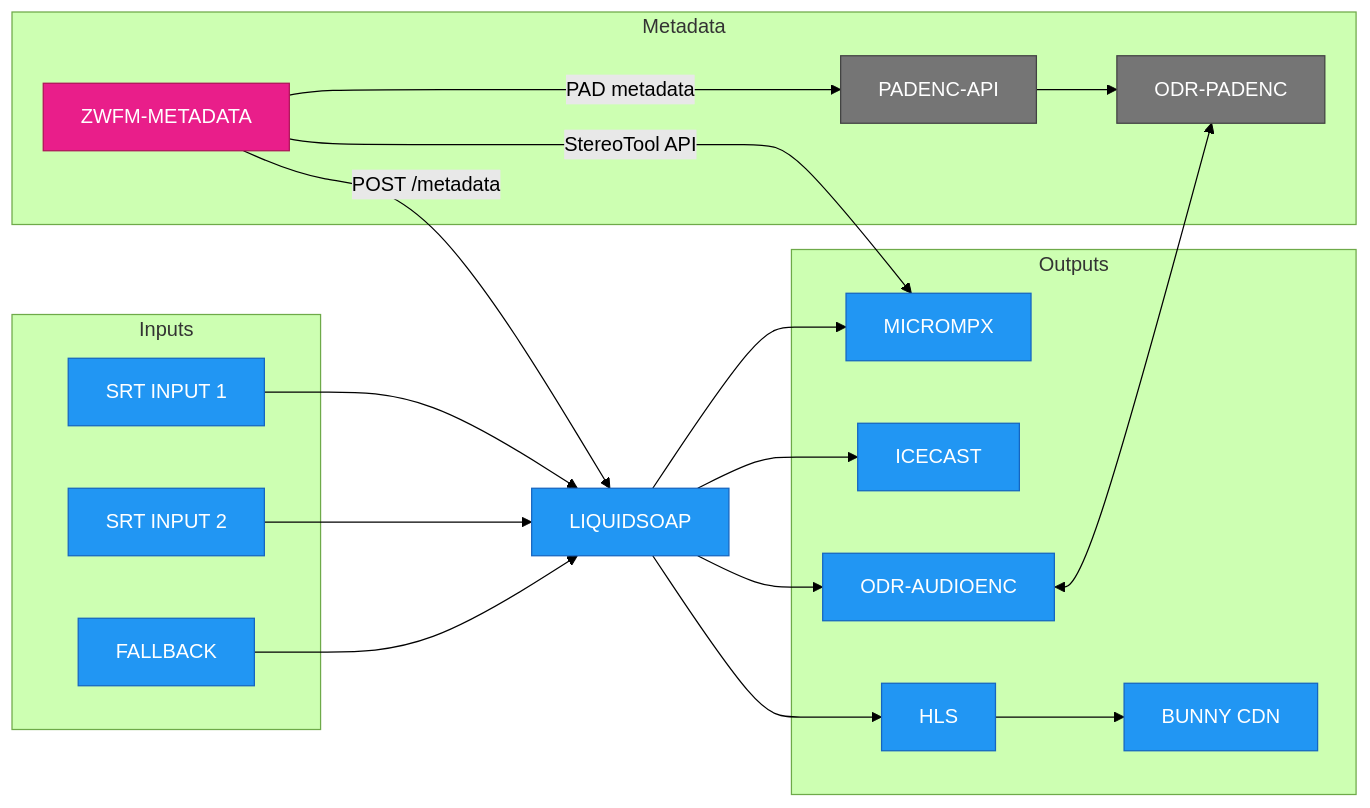
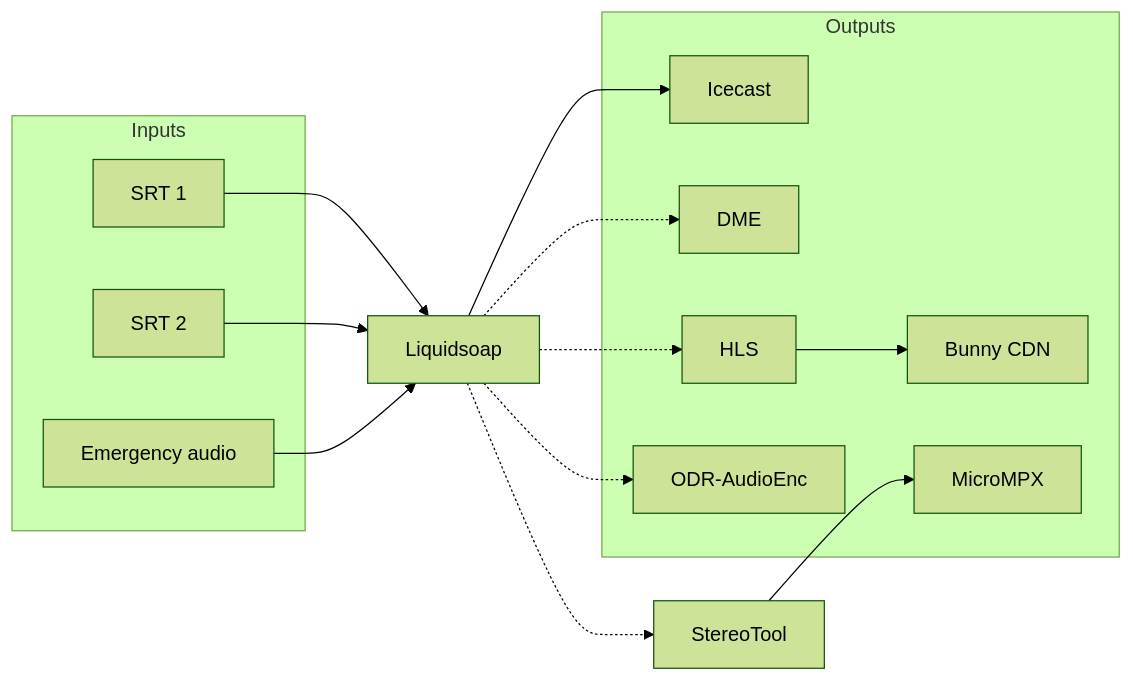
Before and after one commit to oszuidwest/zwfm-liquidsoap: the diagram in README.md, drawn with Mermaid (forest theme). The commit also changed other lines of this file, not shown here.

````diff
--- a/README.md
+++ b/README.md
@@ -17,48 +13,31 @@
 ```mermaid
 flowchart LR
-    subgraph inputs [" Inputs "]
-        SRT1["SRT INPUT 1"]
-        SRT2["SRT INPUT 2"]
-        FALLBACK["FALLBACK"]
+    subgraph inputs [Inputs]
+        SRT1[SRT 1]
+        SRT2[SRT 2]
+        FALLBACK[Emergency audio]
     end
 
-    LIQUIDSOAP["LIQUIDSOAP"]
+    LIQUIDSOAP[Liquidsoap]
+    STEREOTOOL[StereoTool]
 
-    subgraph outputs [" Outputs "]
-        MICROMPX["MICROMPX"]
-        ICECAST["ICECAST"]
-        HLS["HLS"]
-        BUNNY["BUNNY CDN"]
-        ODR["ODR-AUDIOENC"]
-    end
-
-    subgraph metadata [" Metadata "]
-        PADENC["ODR-PADENC"]
-        PADAPI["PADENC-API"]
-        ZWFM["ZWFM-METADATA"]
+    subgraph outputs [Outputs]
+        ICECAST[Icecast]
+        DME[DME]
+        HLS[HLS]
+        BUNNY[Bunny CDN]
+        ODR[ODR-AudioEnc]
+        MICROMPX[MicroMPX]
     end
 
     SRT1 --> LIQUIDSOAP
     SRT2 --> LIQUIDSOAP
     FALLBACK --> LIQUIDSOAP
-
-    LIQUIDSOAP --> MICROMPX
     LIQUIDSOAP --> ICECAST
-    LIQUIDSOAP --> HLS
+    LIQUIDSOAP -.-> DME
+    LIQUIDSOAP -.-> HLS
     HLS --> BUNNY
-    LIQUIDSOAP --> ODR
-
-    ODR <--> PADENC
-    PADAPI --> PADENC
-    ZWFM -->|POST /metadata| LIQUIDSOAP
-    ZWFM -->|PAD metadata| PADAPI
-    ZWFM -->|StereoTool API| MICROMPX
-
-    classDef blue fill:#2196F3,stroke:#1565C0,color:#fff
-    classDef gray fill:#757575,stroke:#424242,color:#fff
-    classDef pink fill:#E91E8A,stroke:#AD1457,color:#fff
-
-    class SRT1,SRT2,FALLBACK,LIQUIDSOAP,MICROMPX,ICECAST,HLS,BUNNY,ODR blue
-    class PADENC,PADAPI gray
-    class ZWFM pink
+    LIQUIDSOAP -.-> ODR
+    LIQUIDSOAP -.-> STEREOTOOL
+    STEREOTOOL --> MICROMPX
 ```
````
